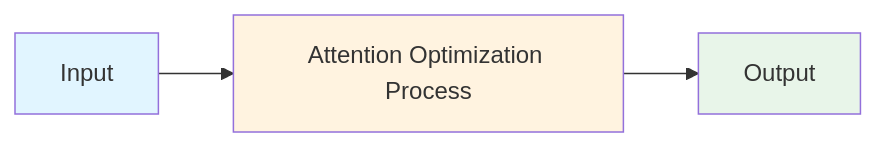
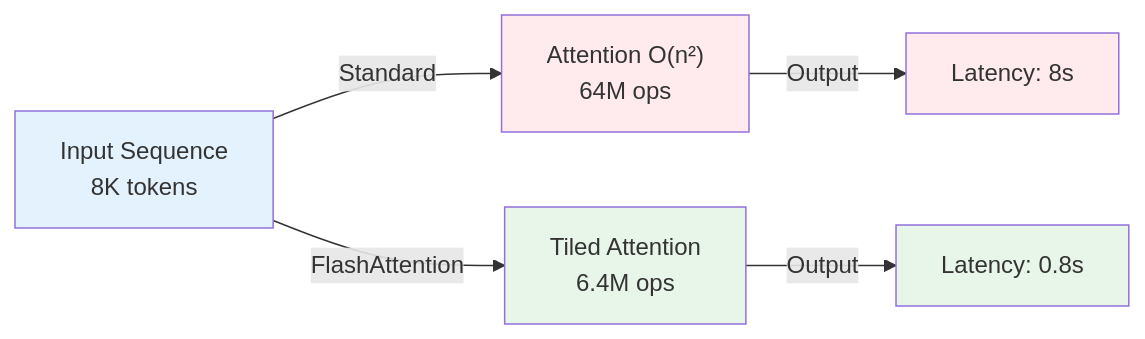
One commit to souradeepta/interviewprep-ai changed the first of 2 diagrams in llm/concepts/attention-optimization.md. Above: the diagram before and after it, drawn with Mermaid. The commit also changed other lines of this file and 10 other files, not shown here.

First line of the commit message:
feat: add enhancement script and upgrade 8 key concepts with real Q&A, Mermaid diagrams, real-world examples

````diff
--- a/llm/concepts/attention-optimization.md
+++ b/llm/concepts/attention-optimization.md
@@ -113,9 +113,13 @@
 ```mermaid
 graph LR
-    A["Input"] --> B["Attention Optimization Process"]
-    B --> C["Output"]
+    A["Input Sequence<br/>8K tokens"] -->|Standard| B["Attention O(n²)<br/>64M ops"]
+    A -->|FlashAttention| C["Tiled Attention<br/>6.4M ops"]
+    B -->|Output| D["Latency: 8s"]
+    C -->|Output| E["Latency: 0.8s"]
 
-    style A fill:#e1f5ff
-    style B fill:#fff3e0
+    style A fill:#e3f2fd
+    style B fill:#ffebee
     style C fill:#e8f5e9
+    style D fill:#ffebee
+    style E fill:#e8f5e9
 ```
````
